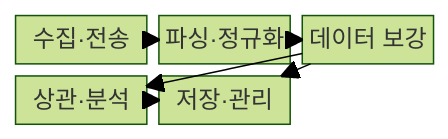
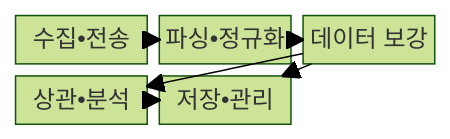
One commit to agnusdei1207/knowledge-base changed the first of 2 diagrams in src/content/docs/notes/05-security/035_siem.md. Above: the diagram before and after it, drawn with Mermaid (forest theme). The commit also changed other lines of this file and 953 other files, not shown here.

````diff
--- a/src/content/docs/notes/05-security/035_siem.md
+++ b/src/content/docs/notes/05-security/035_siem.md
@@ -65,14 +65,14 @@
 ```mermaid
 block
   columns 3
-  A["수집·전송"]
-  B["파싱·정규화"]
+  A["수집•전송"]
+  B["파싱•정규화"]
   C["데이터 보강"]
-  D["상관·분석"]
-  E["저장·관리"]
+  D["상관•분석"]
+  E["저장•관리"]
     A --> B
     B --> C
     C --> D
     C --> E
     E --> D
 ```
````
